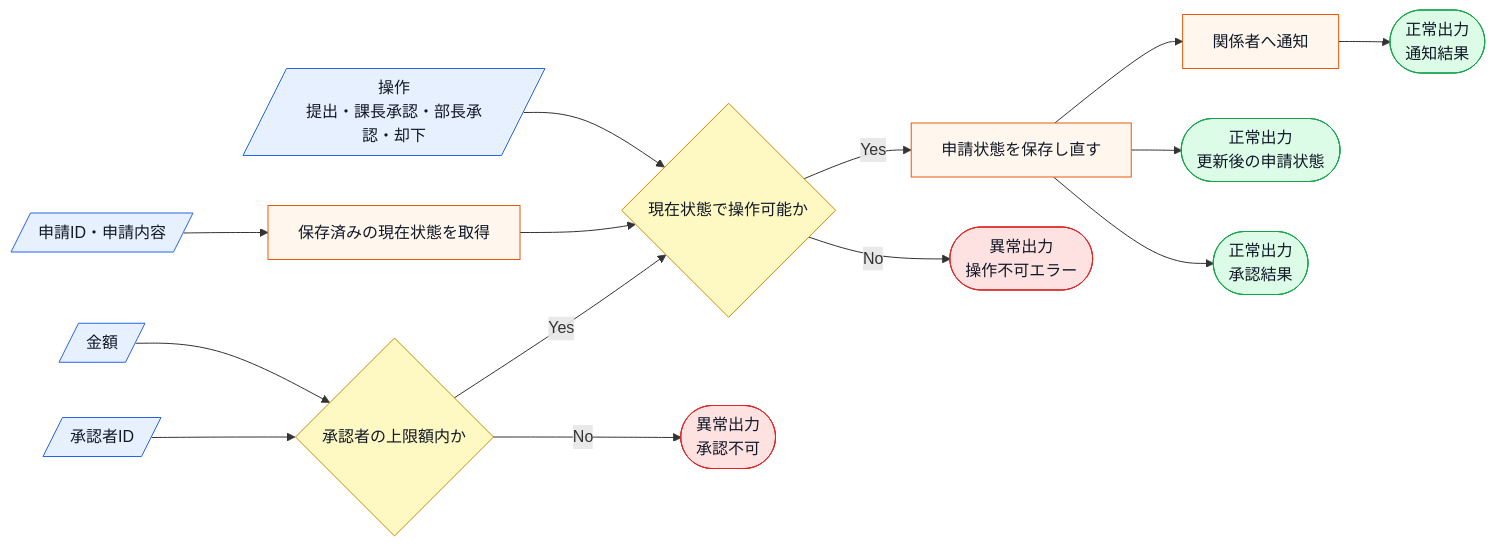
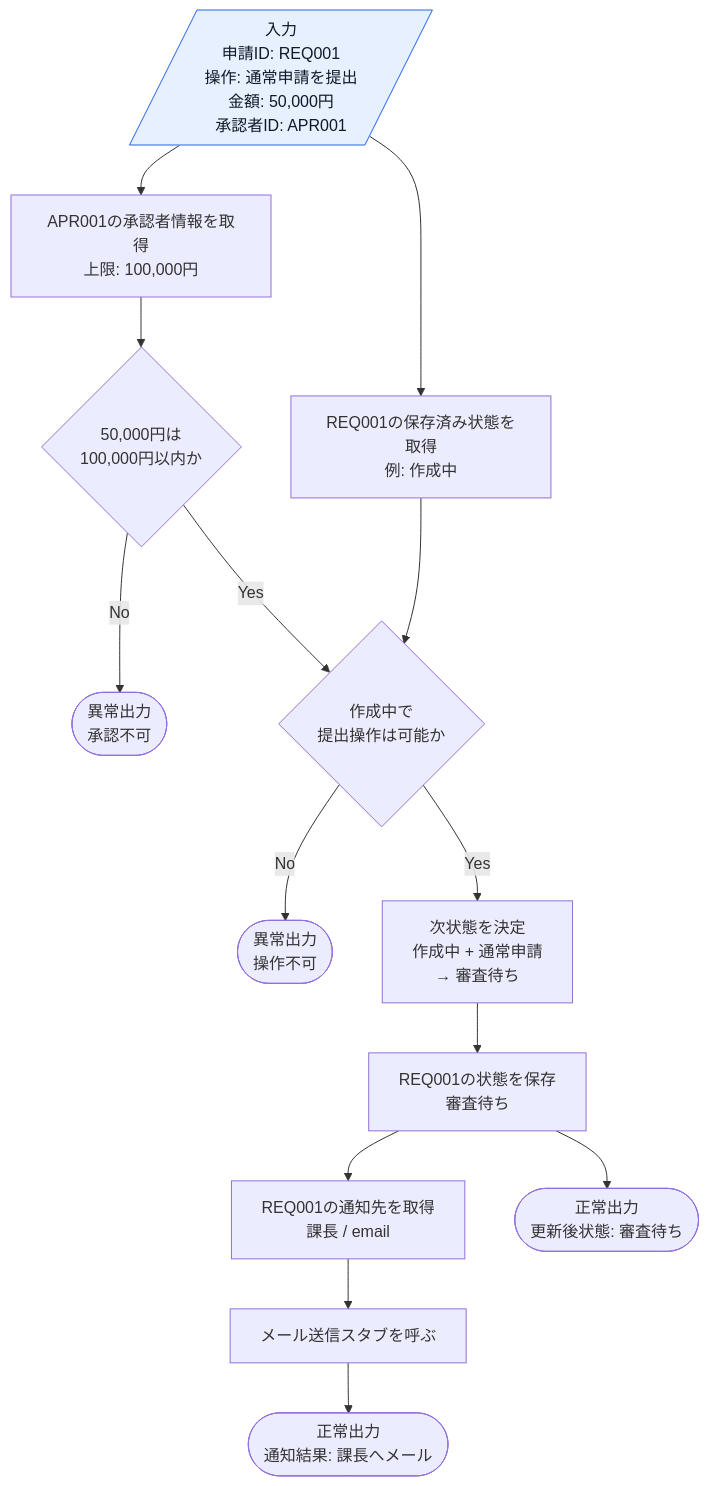
Before and after one commit to kumachan1101-pixel/DesignPattern: the second of 12 diagrams in kindle/design-patterns/output/chapter12.md, drawn with Mermaid. The commit also changed other lines of this file and 1 other file, not shown here.

Commit message:
fix: 第12章の仕様整理図を具体値の流れに修正

````diff
--- a/kindle/design-patterns/output/chapter12.md
+++ b/kindle/design-patterns/output/chapter12.md
@@ -108,22 +108,23 @@
 ```mermaid
-flowchart LR
-    A[/申請ID・申請内容/]:::input --> B[保存済みの現在状態を取得]:::process
-    C[/金額/]:::input --> D{承認者の上限額内か}:::decision
-    E[/承認者ID/]:::input --> D
-    F[/操作<br>提出・課長承認・部長承認・却下/]:::input --> G{現在状態で操作可能か}:::decision
-    B --> G
-    D -->|Yes| G
-    G -->|Yes| H[申請状態を保存し直す]:::process
-    H --> I[関係者へ通知]:::process
-    H --> J([正常出力<br>更新後の申請状態]):::normal
-    H --> K([正常出力<br>承認結果]):::normal
-    I --> L([正常出力<br>通知結果]):::normal
-    D -->|No| M([異常出力<br>承認不可]):::error
-    G -->|No| N([異常出力<br>操作不可エラー]):::error
+flowchart TD
+    A[/入力<br>申請ID: REQ001<br>操作: 通常申請を提出<br>金額: 50,000円<br>承認者ID: APR001/]:::input
+    A --> B[REQ001の保存済み状態を取得<br>例: 作成中]
+    A --> C[APR001の承認者情報を取得<br>上限: 100,000円]
+    C --> D{50,000円は<br>100,000円以内か}
+    D -->|No| X([異常出力<br>承認不可])
+    B --> E{作成中で<br>提出操作は可能か}
+    D -->|Yes| E
+    E -->|No| Y([異常出力<br>操作不可])
+    E -->|Yes| F[次状態を決定<br>作成中 + 通常申請<br>→ 審査待ち]
+    F --> G[REQ001の状態を保存<br>審査待ち]
+    G --> H[REQ001の通知先を取得<br>課長 / email]
+    H --> I[メール送信スタブを呼ぶ]
+    G --> J([正常出力<br>更新後状態: 審査待ち])
+    I --> K([正常出力<br>通知結果: 課長へメール])
 
     classDef input fill:#e7f0ff,stroke:#2563eb,color:#111827;
     classDef process fill:#fff7ed,stroke:#ea580c,color:#111827;
     classDef decision fill:#fef9c3,stroke:#ca8a04,color:#111827;
     classDef normal fill:#dcfce7,stroke:#16a34a,color:#111827;
     classDef error fill:#fee2e2,stroke:#dc2626,color:#111827;
 ```
````
